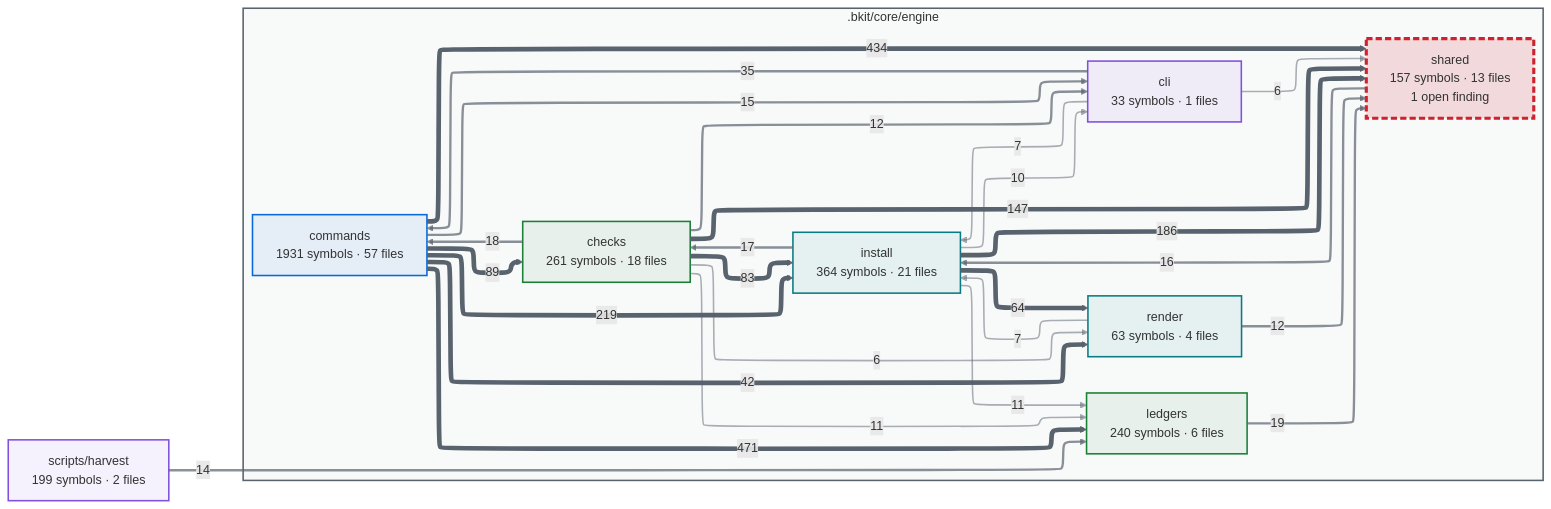
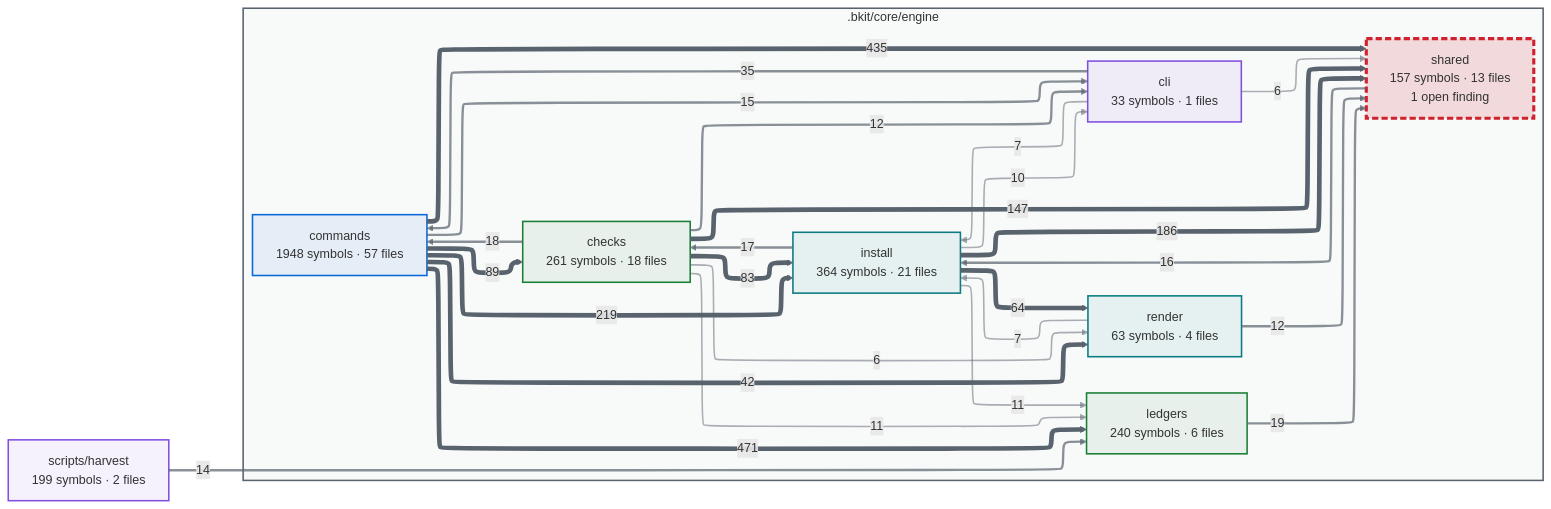
One commit to cbartens/bkit changed the first of 2 diagrams in docs/capabilities.md. Above: the diagram before and after it, drawn with Mermaid. The commit also changed other lines of this file and 99 other files, not shown here.

````diff
--- a/docs/capabilities.md
+++ b/docs/capabilities.md
@@ -154,80 +154,80 @@
 ```mermaid
 ---
 config:
   layout: elk
   themeCSS: "marker { overflow: visible; } marker path { transform: scale(1.8); transform-origin: 5px 5px; }"
   flowchart:
     useMaxWidth: false
 ---
 flowchart LR
   %% Generated by bkit-graphify-rollup.py — do not edit
   subgraph gn_bkit_core_engine[".bkit/core/engine"]
     n_bkit_core_engine_checks["checks<br/>261 symbols · 18 files"]
     n_bkit_core_engine_cli["cli<br/>33 symbols · 1 files"]
-    n_bkit_core_engine_commands["commands<br/>1931 symbols · 57 files"]
+    n_bkit_core_engine_commands["commands<br/>1948 symbols · 57 files"]
     n_bkit_core_engine_install["install<br/>364 symbols · 21 files"]
     n_bkit_core_engine_ledgers["ledgers<br/>240 symbols · 6 files"]
     n_bkit_core_engine_render["render<br/>63 symbols · 4 files"]
     n_bkit_core_engine_shared["shared<br/>157 symbols · 13 files<br/>1 open finding"]
   end
   nscripts_harvest["scripts/harvest<br/>199 symbols · 2 files"]
   n_bkit_core_engine_commands -->|471| n_bkit_core_engine_ledgers
-  n_bkit_core_engine_commands -->|434| n_bkit_core_engine_shared
+  n_bkit_core_engine_commands -->|435| n_bkit_core_engine_shared
   n_bkit_core_engine_commands -->|219| n_bkit_core_engine_install
   n_bkit_core_engine_install -->|186| n_bkit_core_engine_shared
   n_bkit_core_engine_checks -->|147| n_bkit_core_engine_shared
   n_bkit_core_engine_commands -->|89| n_bkit_core_engine_checks
   n_bkit_core_engine_checks -->|83| n_bkit_core_engine_install
   n_bkit_core_engine_install -->|64| n_bkit_core_engine_render
   n_bkit_core_engine_commands -->|42| n_bkit_core_engine_render
   n_bkit_core_engine_cli -->|35| n_bkit_core_engine_commands
   n_bkit_core_engine_ledgers -->|19| n_bkit_core_engine_shared
   n_bkit_core_engine_checks -->|18| n_bkit_core_engine_commands
   n_bkit_core_engine_install -->|17| n_bkit_core_engine_checks
   n_bkit_core_engine_shared -->|16| n_bkit_core_engine_install
   n_bkit_core_engine_commands -->|15| n_bkit_core_engine_cli
   nscripts_harvest -->|14| n_bkit_core_engine_ledgers
   n_bkit_core_engine_checks -->|12| n_bkit_core_engine_cli
   n_bkit_core_engine_render -->|12| n_bkit_core_engine_shared
   n_bkit_core_engine_checks -->|11| n_bkit_core_engine_ledgers
   n_bkit_core_engine_install -->|11| n_bkit_core_engine_ledgers
   n_bkit_core_engine_install -->|10| n_bkit_core_engine_cli
   n_bkit_core_engine_cli -->|7| n_bkit_core_engine_install
   n_bkit_core_engine_render -->|7| n_bkit_core_engine_install
   n_bkit_core_engine_checks -->|6| n_bkit_core_engine_render
   n_bkit_core_engine_cli -->|6| n_bkit_core_engine_shared
   style gn_bkit_core_engine fill:#59636e0a,stroke:#59636e,stroke-width:2px
   style n_bkit_core_engine_checks stroke:#1a7f37,stroke-width:2px,fill:#1a7f3714
   style n_bkit_core_engine_cli stroke:#8250df,stroke-width:2px,fill:#8250df14
   style n_bkit_core_engine_commands stroke:#0969da,stroke-width:2px,fill:#0969da14
   style n_bkit_core_engine_install stroke:#0a7b83,stroke-width:2px,fill:#0a7b8314
   style n_bkit_core_engine_ledgers stroke:#1a7f37,stroke-width:2px,fill:#1a7f3714
   style n_bkit_core_engine_render stroke:#0a7b83,stroke-width:2px,fill:#0a7b8314
   style n_bkit_core_engine_shared stroke:#cf222e,stroke-width:4px,stroke-dasharray:8 4,fill:#cf222e26
   style nscripts_harvest stroke:#8250df,stroke-width:2px,fill:#8250df14
   linkStyle 0 stroke:#59636e,stroke-width:6px
   linkStyle 1 stroke:#59636e,stroke-width:6px
   linkStyle 2 stroke:#59636e,stroke-width:6px
   linkStyle 3 stroke:#59636e,stroke-width:6px
   linkStyle 4 stroke:#59636e,stroke-width:6px
   linkStyle 5 stroke:#59636e,stroke-width:6px
   linkStyle 6 stroke:#59636e,stroke-width:6px
   linkStyle 7 stroke:#59636e,stroke-width:6px
   linkStyle 8 stroke:#59636e,stroke-width:6px
   linkStyle 9 stroke:#59636eb3,stroke-width:3px
   linkStyle 10 stroke:#59636eb3,stroke-width:3px
   linkStyle 11 stroke:#59636eb3,stroke-width:3px
   linkStyle 12 stroke:#59636eb3,stroke-width:3px
   linkStyle 13 stroke:#59636eb3,stroke-width:3px
   linkStyle 14 stroke:#59636eb3,stroke-width:3px
   linkStyle 15 stroke:#59636eb3,stroke-width:3px
   linkStyle 16 stroke:#59636eb3,stroke-width:3px
   linkStyle 17 stroke:#59636eb3,stroke-width:3px
   linkStyle 18 stroke:#59636e80,stroke-width:2px
   linkStyle 19 stroke:#59636e80,stroke-width:2px
   linkStyle 20 stroke:#59636e80,stroke-width:2px
   linkStyle 21 stroke:#59636e80,stroke-width:2px
   linkStyle 22 stroke:#59636e80,stroke-width:2px
   linkStyle 23 stroke:#59636e80,stroke-width:2px
   linkStyle 24 stroke:#59636e80,stroke-width:2px
 ```
````
